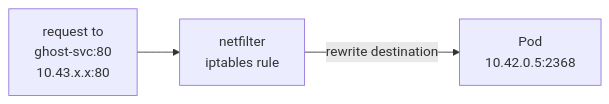
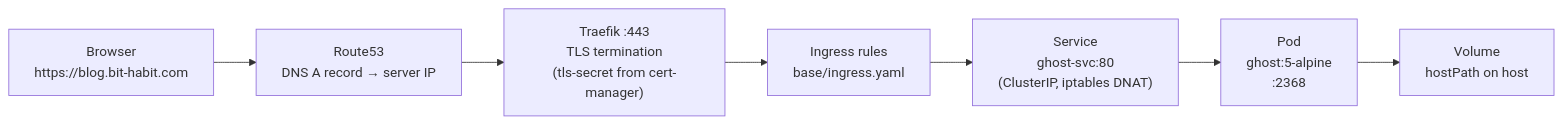
One commit to bookseal/bit-habit-infra changed the fourth of 9 diagrams in README.md. Above: the diagram before and after it, drawn with Mermaid. The commit also changed other lines of this file and 1 other file, not shown here.

````diff
--- a/README.md
+++ b/README.md
@@ -422,5 +115,9 @@
 ```mermaid
 flowchart LR
-    Request["request to\nghost-svc:80\n10.43.x.x:80"] --> NF["netfilter\niptables rule"]
-    NF -->|"rewrite destination"| Pod["Pod\n10.42.0.5:2368"]
+    A["Browser\nhttps://blog.bit-habit.com"] --> B["Route53\nDNS A record → server IP"]
+    B --> C["Traefik :443\nTLS termination\n(tls-secret from cert-manager)"]
+    C --> D["Ingress rules\nbase/ingress.yaml"]
+    D --> E["Service\nghost-svc:80\n(ClusterIP, iptables DNAT)"]
+    E --> F["Pod\nghost:5-alpine\n:2368"]
+    F --> G["Volume\nhostPath on host"]
 ```
````
